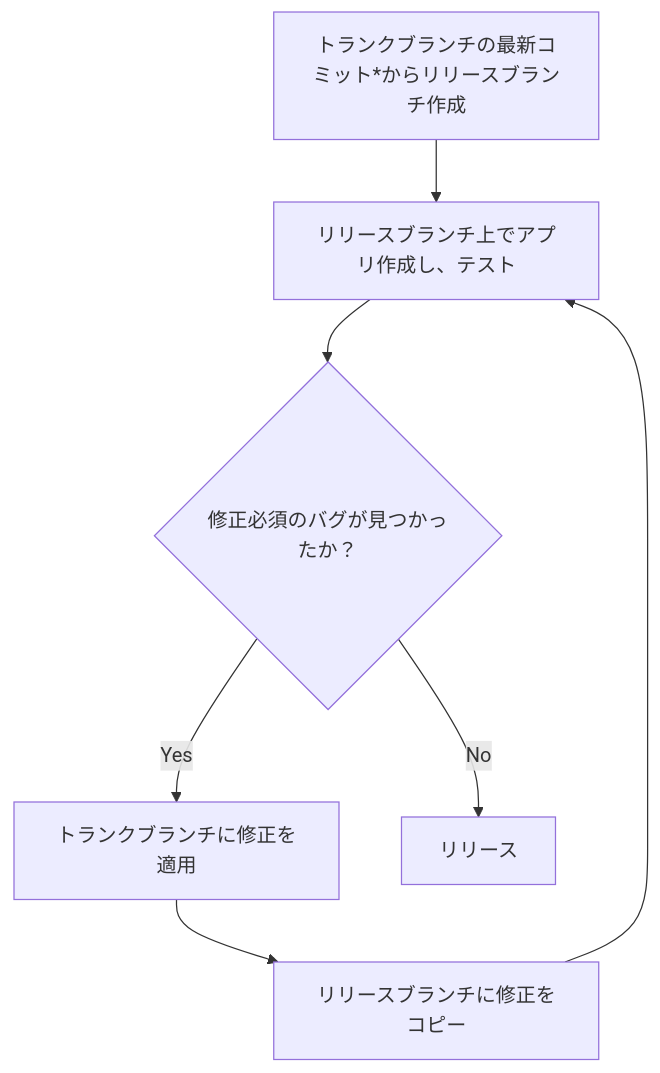
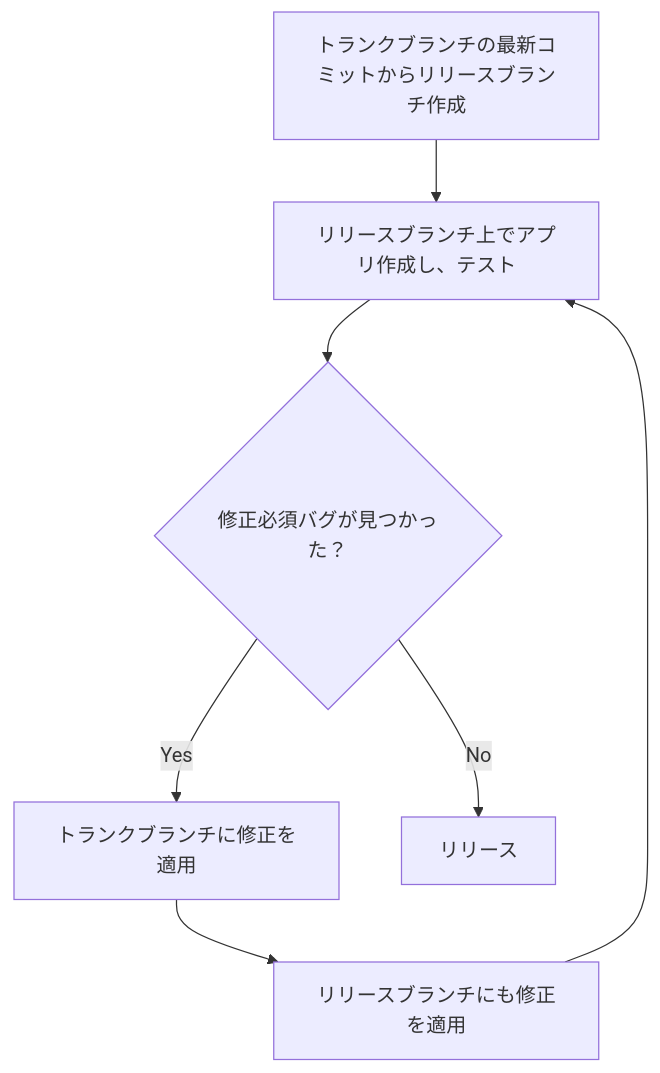
Before and after one commit to shotaIDE/zenn: the first of 2 diagrams in articles/mobile-trunk-based-release-strategy.md, drawn with Mermaid. The commit also changed other lines of this file and 13 other files, not shown here.

````diff
--- a/articles/mobile-trunk-based-release-strategy.md
+++ b/articles/mobile-trunk-based-release-strategy.md
@@ -79,9 +79,9 @@
 ```mermaid
 flowchart TD
-    A[トランクブランチの最新コミット*からリリースブランチ作成] --> B[リリースブランチ上でアプリ作成し、テスト]
-    B --> C{修正必須のバグが見つかったか？}
+    A[トランクブランチの最新コミットからリリースブランチ作成] --> B[リリースブランチ上でアプリ作成し、テスト]
+    B --> C{修正必須バグが見つかった？}
     C -->|Yes| D[トランクブランチに修正を適用]
-    D --> E[リリースブランチに修正をコピー]
+    D --> E[リリースブランチにも修正を適用]
     E --> B
     C -->|No| F[リリース]
 ```
````
